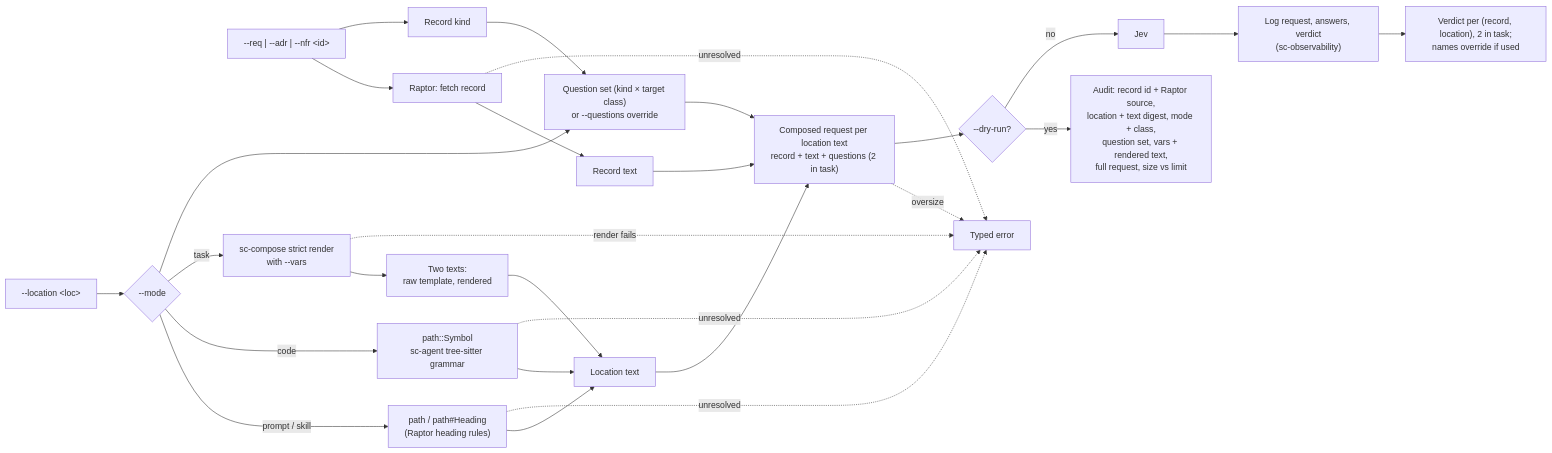
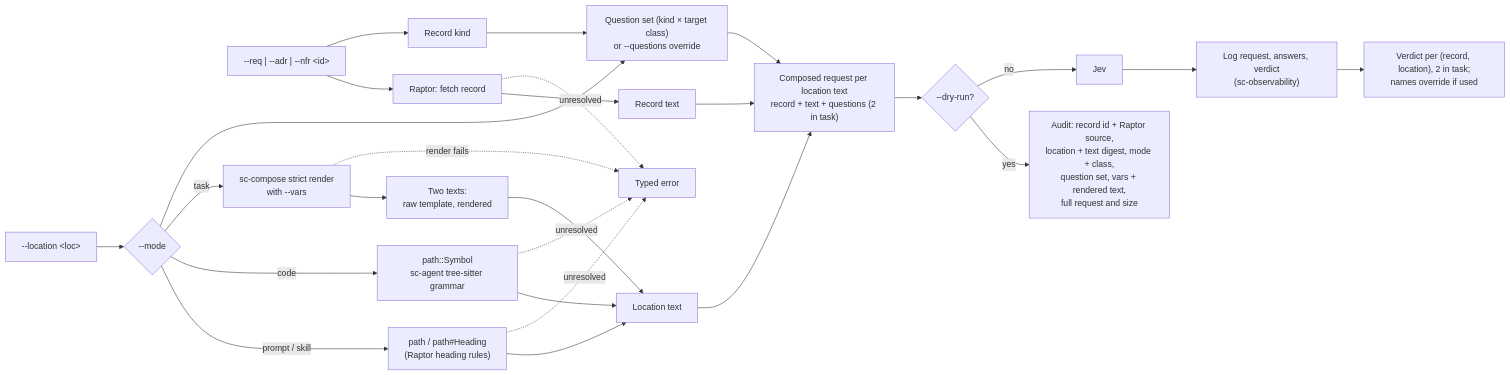
One commit to randlee/judge-jev changed the diagram in docs/diagrams/check.md. Above: the diagram before and after it, drawn with Mermaid. The commit also changed 17 other files, not shown here.

First line of the commit message:
Remove remaining size caps and their text (phase-j ANC-004; ai-qa #153)

````diff
--- a/docs/diagrams/check.md
+++ b/docs/diagrams/check.md
@@ -5,23 +5,22 @@
 ```mermaid
 flowchart LR
     ID["--req | --adr | --nfr &lt;id&gt;"] --> R[Raptor: fetch record] --> RT[Record text]
     ID --> K[Record kind]
     LOC["--location &lt;loc&gt;"] --> M{"--mode"}
     M -- "prompt / skill" --> MD["path / path#Heading<br/>(Raptor heading rules)"] --> LT[Location text]
     M -- code --> TS["path::Symbol<br/>sc-agent tree-sitter grammar"] --> LT
     M -- task --> SC["sc-compose strict render<br/>with --vars"] --> TT["Two texts:<br/>raw template, rendered"] --> LT
     K --> QS["Question set (kind × target class)<br/>or --questions override"]
     M --> QS
     RT --> P["Composed request per location text<br/>record + text + questions (2 in task)"]
     LT --> P
     QS --> P
     R -. unresolved .-> E["Typed error"]
     MD -. unresolved .-> E
     TS -. unresolved .-> E
     SC -. render fails .-> E
-    P -. oversize .-> E
     P --> DR{"--dry-run?"}
-    DR -- yes --> AU["Audit: record id + Raptor source,<br/>location + text digest, mode + class,<br/>question set, vars + rendered text,<br/>full request, size vs limit"]
+    DR -- yes --> AU["Audit: record id + Raptor source,<br/>location + text digest, mode + class,<br/>question set, vars + rendered text,<br/>full request and size"]
     DR -- no --> J[Jev] --> L["Log request, answers, verdict<br/>(sc-observability)"]
     L --> V["Verdict per (record, location), 2 in task;<br/>names override if used"]
 ```
````
